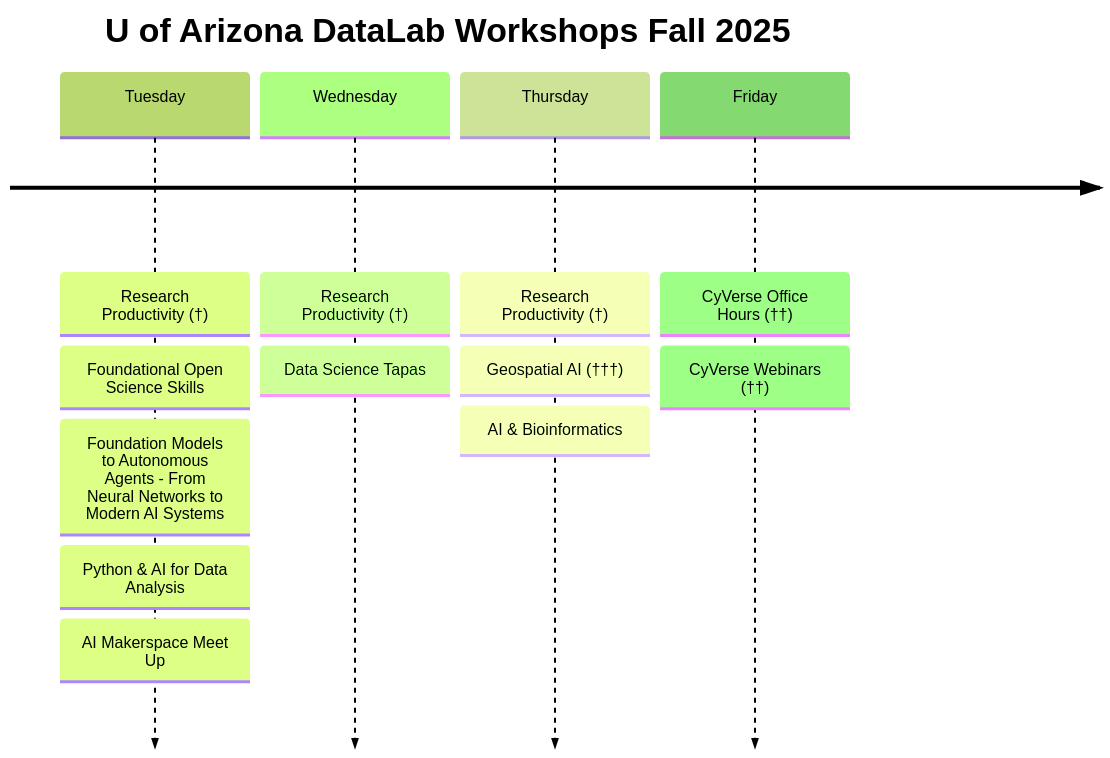
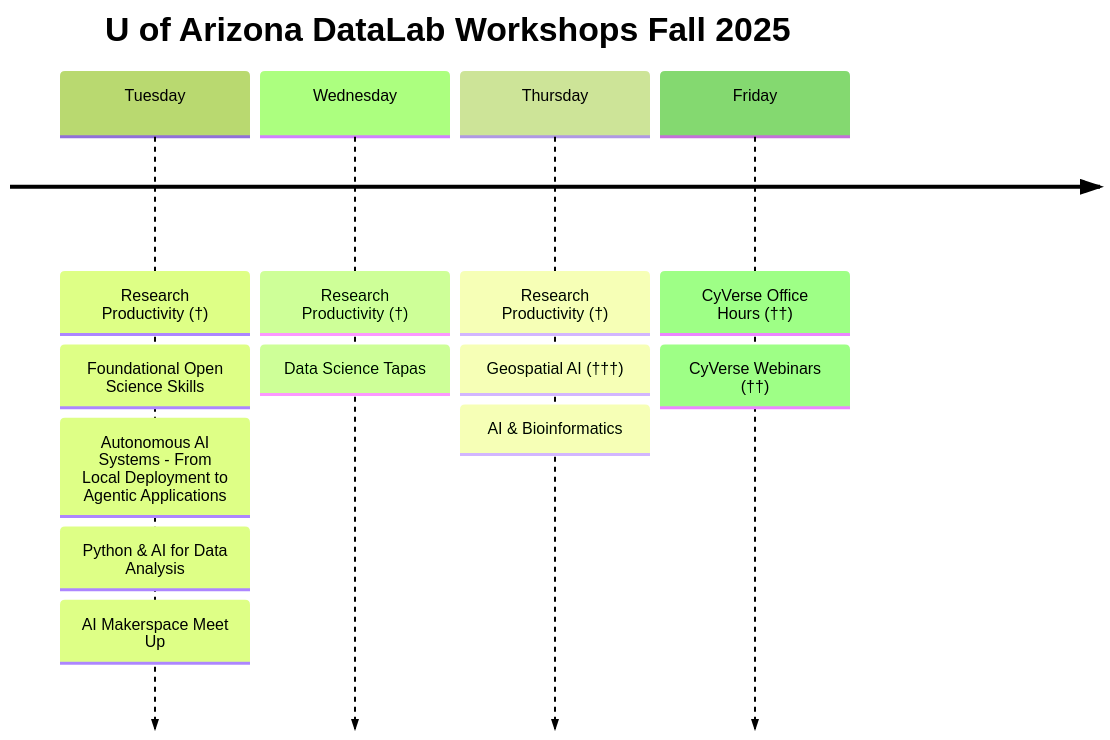
Before and after one commit to ua-datalab/ua-datalab.github.io: the diagram in docs/index.md, drawn with Mermaid.

````diff
--- a/docs/index.md
+++ b/docs/index.md
@@ -31,17 +31,17 @@
 ```mermaid
 %%{init: { 'logLevel': 'debug', 'theme': 'forest' } }%%
 timeline
     title U of Arizona DataLab Workshops Fall 2025
     Tuesday : Research Productivity (†)
             : Foundational Open Science Skills
-	    : Foundation Models to Autonomous Agents - From Neural Networks to Modern AI Systems
+            : Autonomous AI Systems - From Local Deployment to Agentic Applications	   
 	    : Python & AI for Data Analysis
 	    : AI Makerspace Meet Up
     Wednesday : Research Productivity (†)
 	    : Data Science Tapas
     Thursday : Research Productivity (†)
              : Geospatial AI (†††)
     	     : AI & Bioinformatics 
     Friday : CyVerse Office Hours (††)
     	   : CyVerse Webinars (††)
 ```
````
